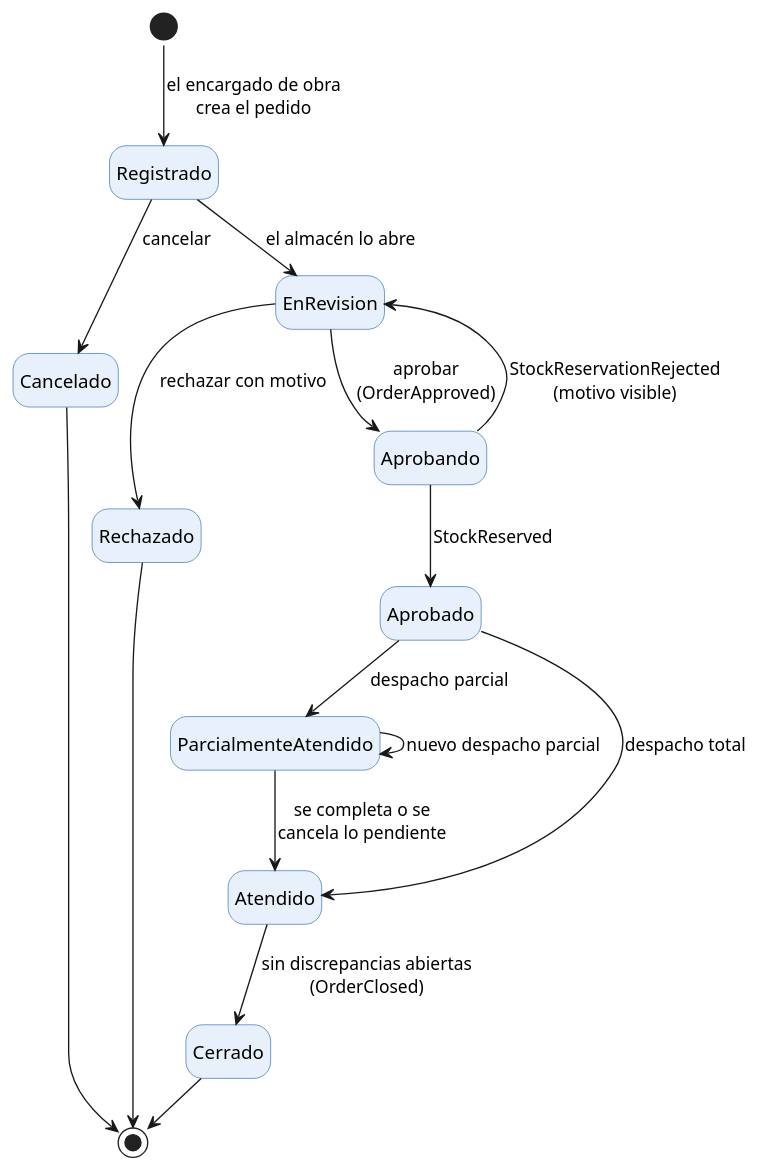
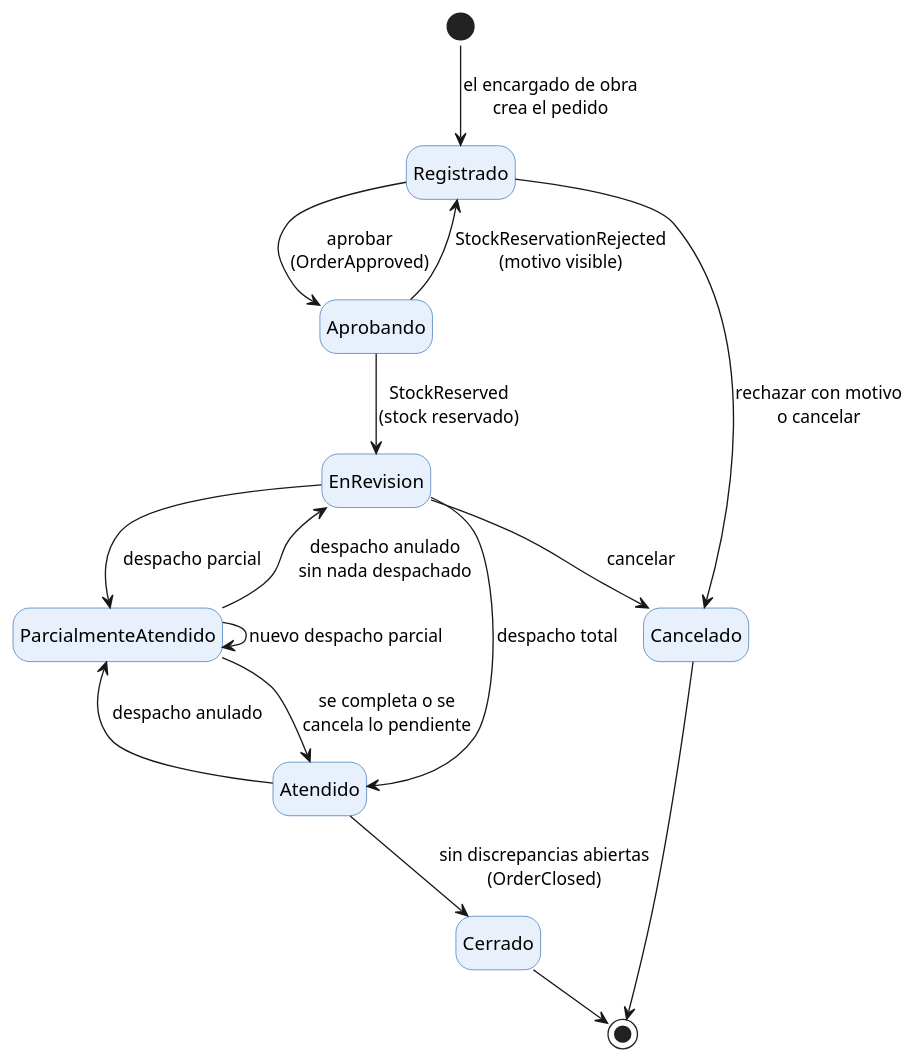
The diagram in docs/report-figures/src/21-estados-pedido.puml (upc-pre-202620-1asi0657-9222-BobBuilder/buildshield-platform), drawn with PlantUML before and after one commit. The commit also changed 9 other files, not shown here.

Commit message:
docs(report-figures): align state diagrams and kanban boards with code

```diff
--- a/docs/report-figures/src/21-estados-pedido.puml
+++ b/docs/report-figures/src/21-estados-pedido.puml
@@ -1,24 +1,24 @@
 @startuml 21-estados-pedido
 !pragma layout smetana
 skinparam defaultFontName Arial
 skinparam state {
   BackgroundColor #E8F1FB
   BorderColor #2F6DB5
 }
 hide empty description
 [*] --> Registrado : el encargado de obra\ncrea el pedido
-Registrado --> Cancelado : cancelar
-Registrado --> EnRevision : el almacén lo abre
-EnRevision --> Rechazado : rechazar con motivo
-EnRevision --> Aprobando : aprobar\n(OrderApproved)
-Aprobando --> Aprobado : StockReserved
-Aprobando --> EnRevision : StockReservationRejected\n(motivo visible)
-Aprobado --> ParcialmenteAtendido : despacho parcial
-Aprobado --> Atendido : despacho total
+Registrado --> Aprobando : aprobar\n(OrderApproved)
+Registrado --> Cancelado : rechazar con motivo\no cancelar
+Aprobando --> EnRevision : StockReserved\n(stock reservado)
+Aprobando --> Registrado : StockReservationRejected\n(motivo visible)
+EnRevision --> ParcialmenteAtendido : despacho parcial
+EnRevision --> Atendido : despacho total
+EnRevision --> Cancelado : cancelar
 ParcialmenteAtendido --> ParcialmenteAtendido : nuevo despacho parcial
 ParcialmenteAtendido --> Atendido : se completa o se\ncancela lo pendiente
+ParcialmenteAtendido --> EnRevision : despacho anulado\nsin nada despachado
+Atendido --> ParcialmenteAtendido : despacho anulado
 Atendido --> Cerrado : sin discrepancias abiertas\n(OrderClosed)
-Rechazado --> [*]
 Cancelado --> [*]
 Cerrado --> [*]
 @enduml
```
